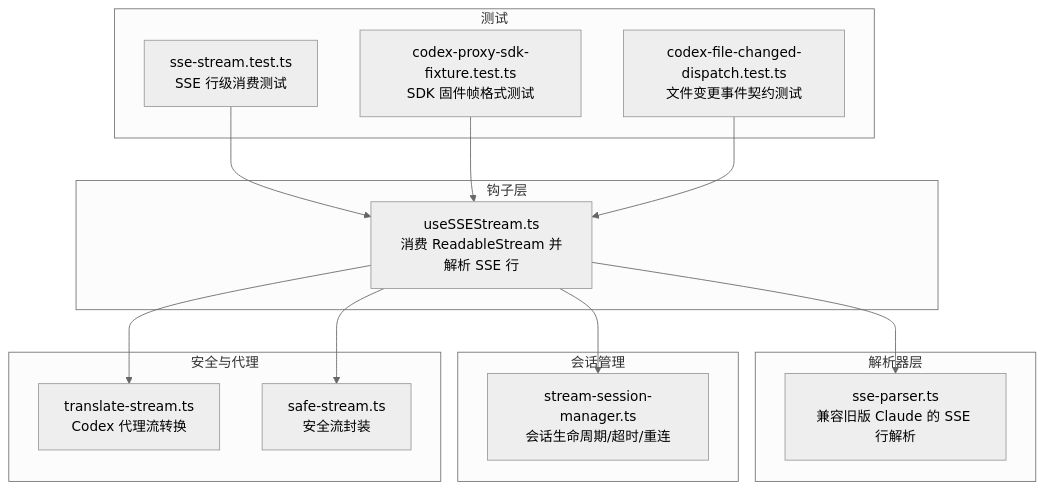
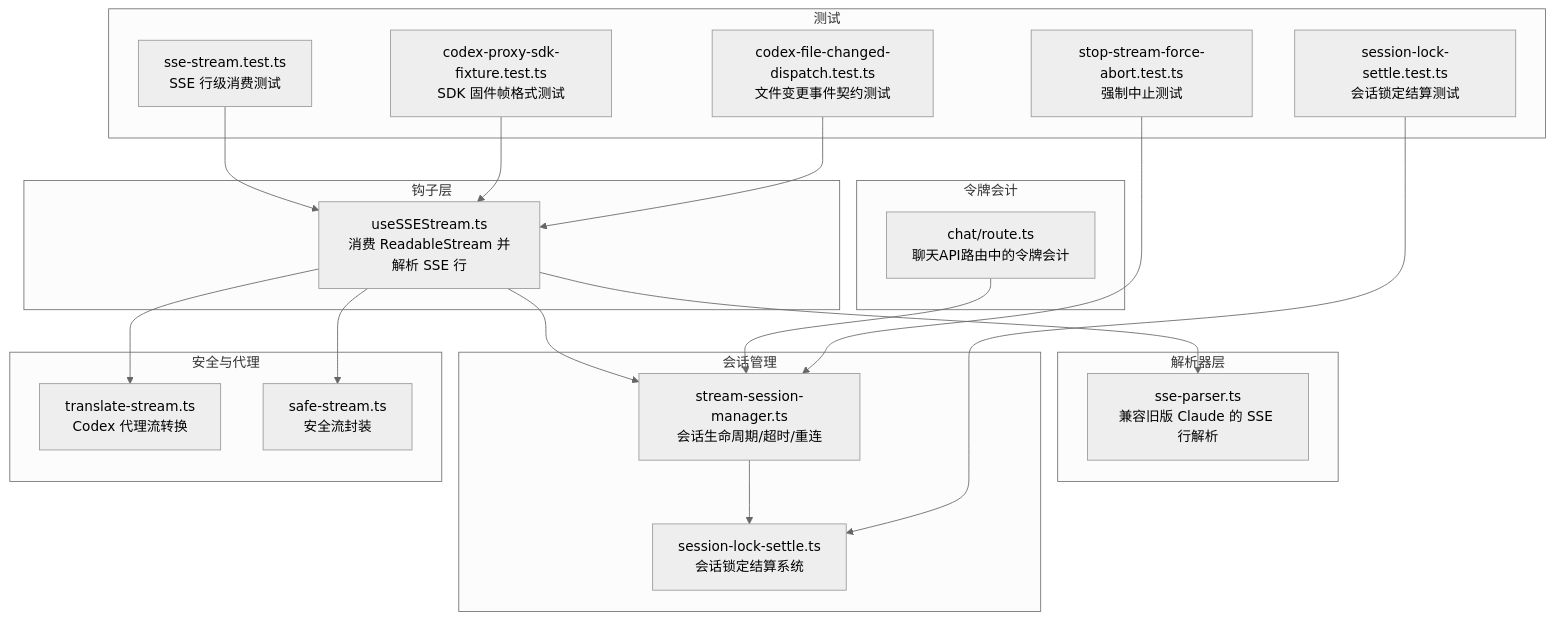
The first of 5 diagrams in .qoder/repowiki/zh/content/核心功能/聊天对话系统/流式响应处理.md (haolange/CodePilot), drawn with Mermaid (neutral theme) before and after one commit. The commit also changed other lines of this file and 8 other files, not shown here.

````diff
--- a/.qoder/repowiki/zh/content/核心功能/聊天对话系统/流式响应处理.md
+++ b/.qoder/repowiki/zh/content/核心功能/聊天对话系统/流式响应处理.md
@@ -39,28 +54,38 @@
 ```mermaid
 graph TB
 subgraph "钩子层"
 H1["useSSEStream.ts<br/>消费 ReadableStream 并解析 SSE 行"]
 end
 subgraph "解析器层"
 P1["sse-parser.ts<br/>兼容旧版 Claude 的 SSE 行解析"]
 end
 subgraph "会话管理"
 S1["stream-session-manager.ts<br/>会话生命周期/超时/重连"]
+SS["session-lock-settle.ts<br/>会话锁定结算系统"]
 end
 subgraph "安全与代理"
 T1["translate-stream.ts<br/>Codex 代理流转换"]
 K1["safe-stream.ts<br/>安全流封装"]
 end
+subgraph "令牌会计"
+R1["chat/route.ts<br/>聊天API路由中的令牌会计"]
+end
 subgraph "测试"
 U1["sse-stream.test.ts<br/>SSE 行级消费测试"]
 F1["codex-proxy-sdk-fixture.test.ts<br/>SDK 固件帧格式测试"]
 C1["codex-file-changed-dispatch.test.ts<br/>文件变更事件契约测试"]
+ST["stop-stream-force-abort.test.ts<br/>强制中止测试"]
+SL["session-lock-settle.test.ts<br/>会话锁定结算测试"]
 end
 H1 --> P1
 H1 --> S1
 H1 --> T1
 H1 --> K1
+S1 --> SS
+R1 --> S1
 U1 --> H1
 F1 --> H1
 C1 --> H1
+ST --> S1
+SL --> SS
 ```
````
